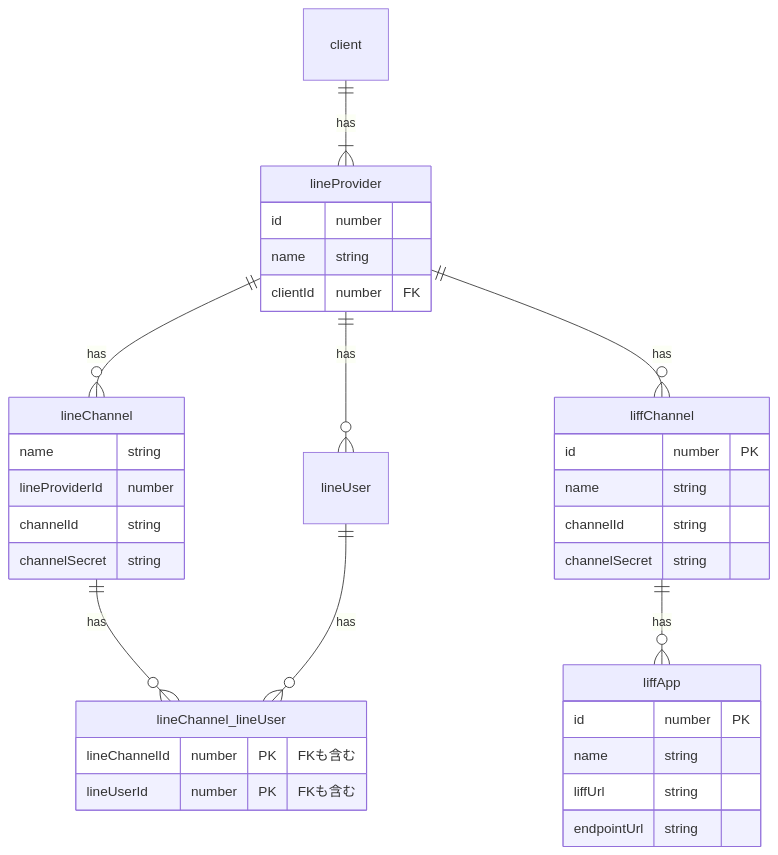
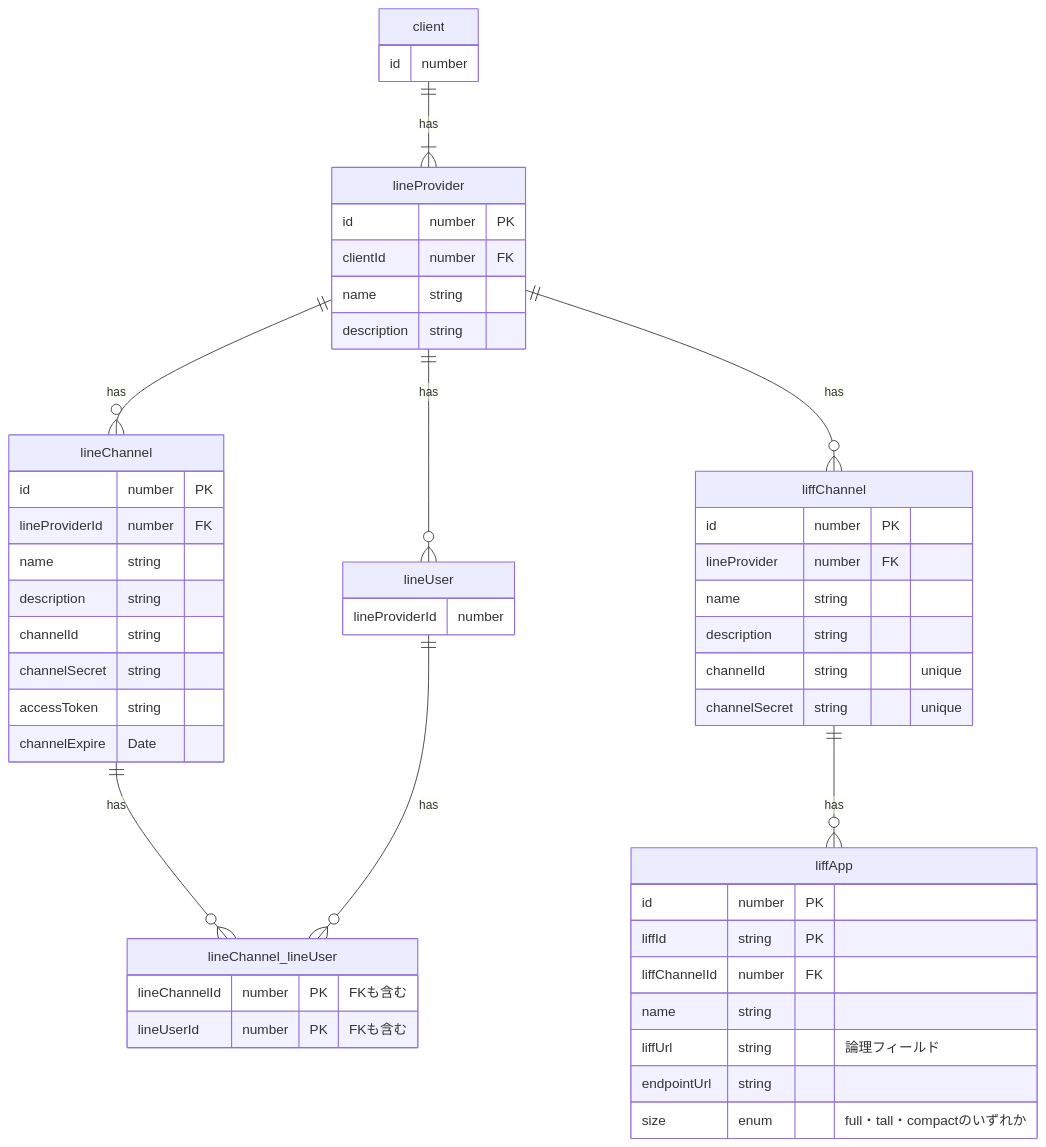
Before and after one commit to pon0204/shopiline: the diagram in backend/prisma/db-design-md/line-provider.md, drawn with Mermaid. The commit also changed other lines of this file, not shown here.

Commit message:
feat: ER図にカラム情報追加

````diff
--- a/backend/prisma/db-design-md/line-provider.md
+++ b/backend/prisma/db-design-md/line-provider.md
@@ -3,50 +3,64 @@
 ```mermaid
 erDiagram
 
-client
+client{
+  id number
+}
 
 lineProvider{
-  id number
+  id number PK
+  clientId number FK
   name string
-  clientId number FK
+  description string
 }
 
 lineChannel{
+  id number PK
+  lineProviderId number FK
   name string
-  lineProviderId number
+  description string
   channelId string
   channelSecret string
+  accessToken string
+  channelExpire Date
 }
 
 liffChannel{
   id number PK
+  lineProvider number FK
   name string
-  channelId string
-  channelSecret string
+  description string
+  channelId string "unique"
+  channelSecret string "unique"
 }
 
 liffApp{
   id number PK
+  liffId string PK
+  liffChannelId number FK
   name string
-  liffUrl string
+  liffUrl string "論理フィールド"
   endpointUrl string
+  size enum "full・tall・compactのいずれか"
 }
 
 lineChannel_lineUser{
   lineChannelId number PK "FKも含む"
   lineUserId number PK　"FKも含む"
 }
 
-lineUser
+lineUser{
+  lineProviderId number
+}
 
 client ||--|{ lineProvider :has
 lineProvider ||--o{ lineChannel :has
 
 lineProvider ||--o{ liffChannel : has
 lineProvider ||--o{ lineUser : has
 lineChannel ||--o{ lineChannel_lineUser :has
 lineUser ||--o{ lineChannel_lineUser :has
 liffChannel ||--o{ liffApp :has
 
 
 ```
````
